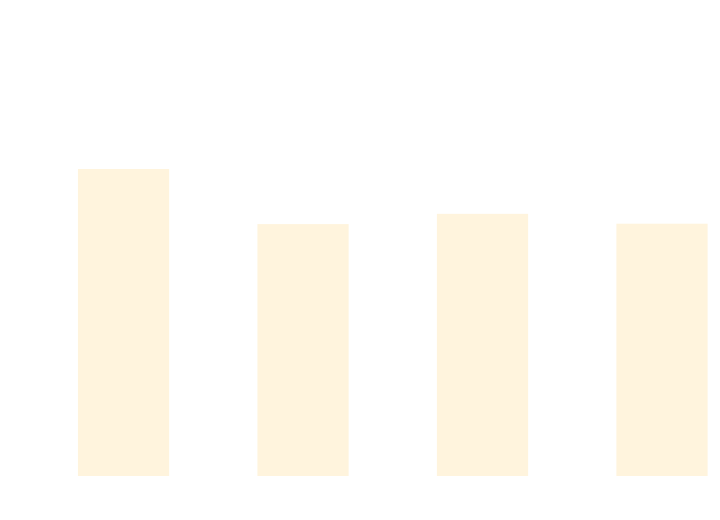
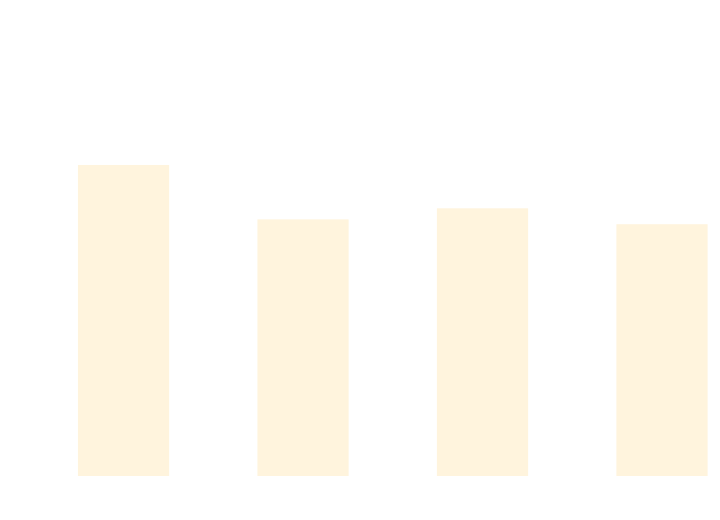
One commit to weiyilai/TUnit changed the diagram in docs/docs/benchmarks/BuildTime.md. Above: the diagram before and after it, drawn with Mermaid. The commit also changed other lines of this file and 17 other files, not shown here.

````diff
--- a/docs/docs/benchmarks/BuildTime.md
+++ b/docs/docs/benchmarks/BuildTime.md
@@ -28,37 +28,37 @@
 ```mermaid
 %%{init: {
   'theme':'base',
   'themeVariables': {
     'primaryColor': '#2563eb',
     'primaryTextColor': '#ffffff',
     'primaryBorderColor': '#1e40af',
     'lineColor': '#6b7280',
     'secondaryColor': '#7c3aed',
     'tertiaryColor': '#dc2626',
     'background': '#ffffff',
     'mainBkg': '#2563eb',
     'secondBkg': '#7c3aed',
     'tertiaryBkg': '#dc2626',
     'clusterBkg': '#f3f4f6',
     'edgeLabelBackground': '#ffffff',
     'tertiaryTextColor': '#1f2937',
     'pie1': '#2563eb',
     'pie2': '#7c3aed',
     'pie3': '#dc2626',
     'pie4': '#f59e0b',
     'pie5': '#10b981',
     'pie6': '#06b6d4',
     'pie7': '#ec4899',
     'pie8': '#6366f1',
     'pie9': '#84cc16',
     'pie10': '#f97316',
     'pie11': '#14b8a6',
     'pie12': '#a855f7'
   }
 }}%%
 xychart-beta
   title "Build Time Comparison"
   x-axis ["Build_TUnit", "Build_NUnit", "Build_MSTest", "Build_xUnit3"]
   y-axis "Time (s)" 0 --> 3
-  bar [2.211, 1.803, 1.879, 1.806]
+  bar [2.241, 1.838, 1.92, 1.802]
 ```
````
